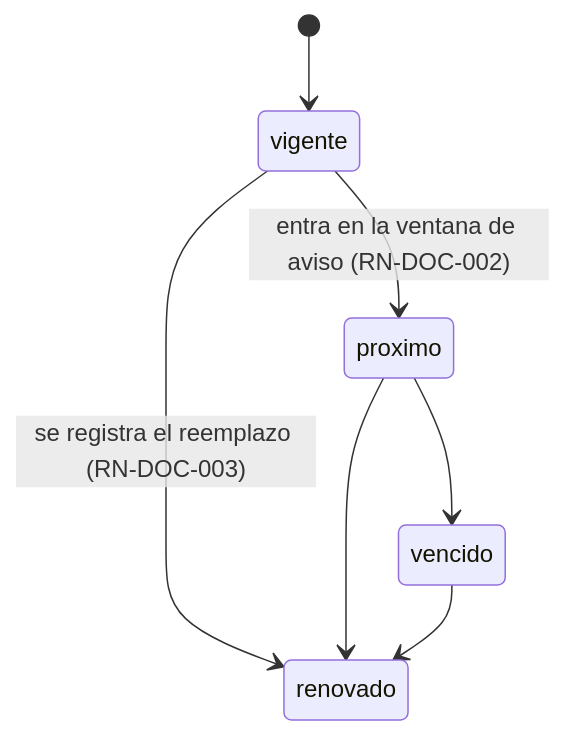
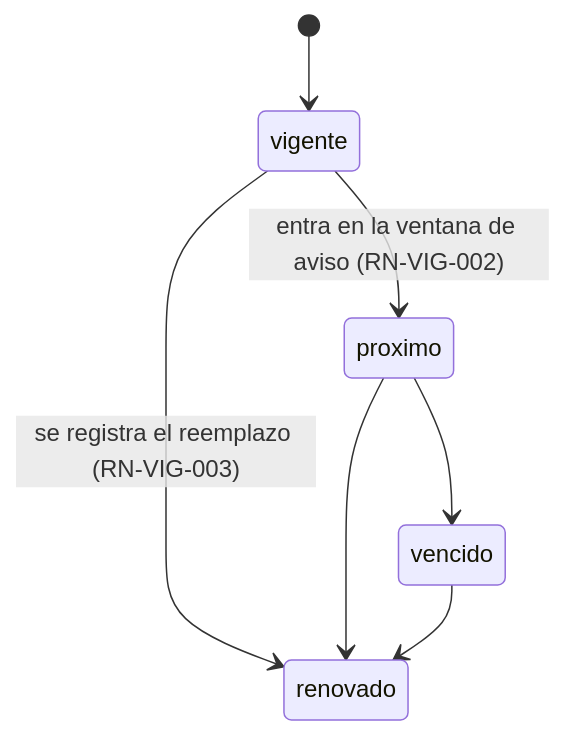
Diagram 13 of 13 in docs/domain/state-machines.md (rrojasda94/provecho-erp), drawn with Mermaid before and after one commit. The commit also changed other lines of this file and 47 other files, not shown here.

````diff
--- a/docs/domain/state-machines.md
+++ b/docs/domain/state-machines.md
@@ -239,9 +239,9 @@
 ```mermaid
 stateDiagram-v2
     [*] --> vigente
-    vigente --> proximo: entra en la ventana de aviso (RN-DOC-002)
+    vigente --> proximo: entra en la ventana de aviso (RN-VIG-002)
     proximo --> vencido
-    vigente --> renovado: se registra el reemplazo (RN-DOC-003)
+    vigente --> renovado: se registra el reemplazo (RN-VIG-003)
     proximo --> renovado
     vencido --> renovado
 ```
````
